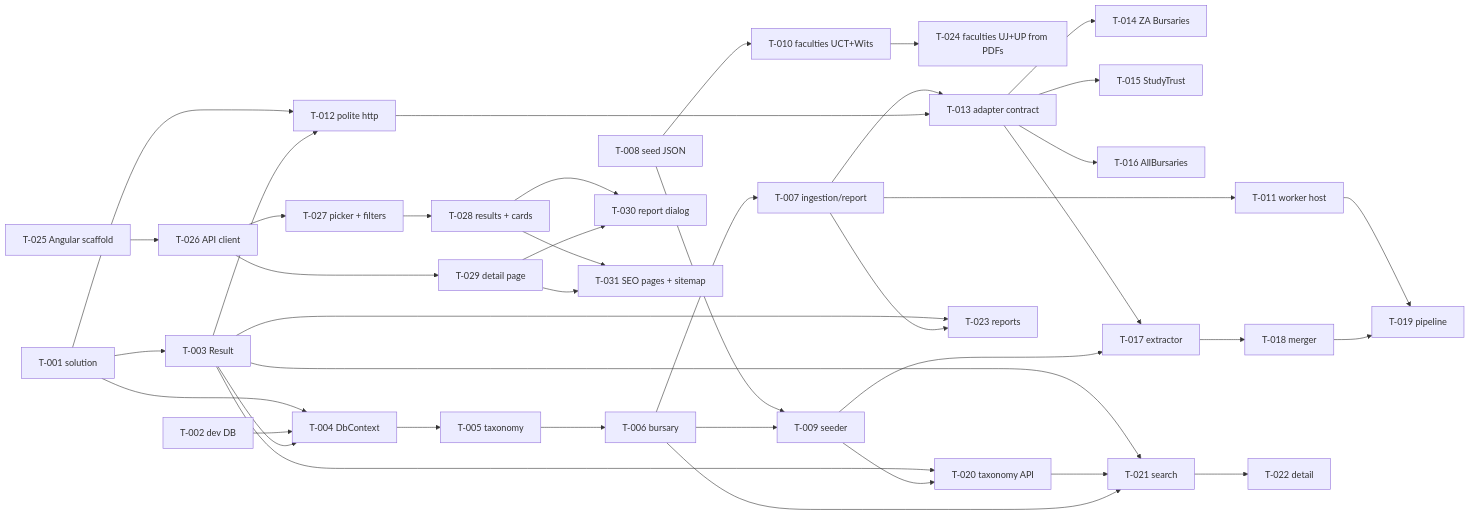
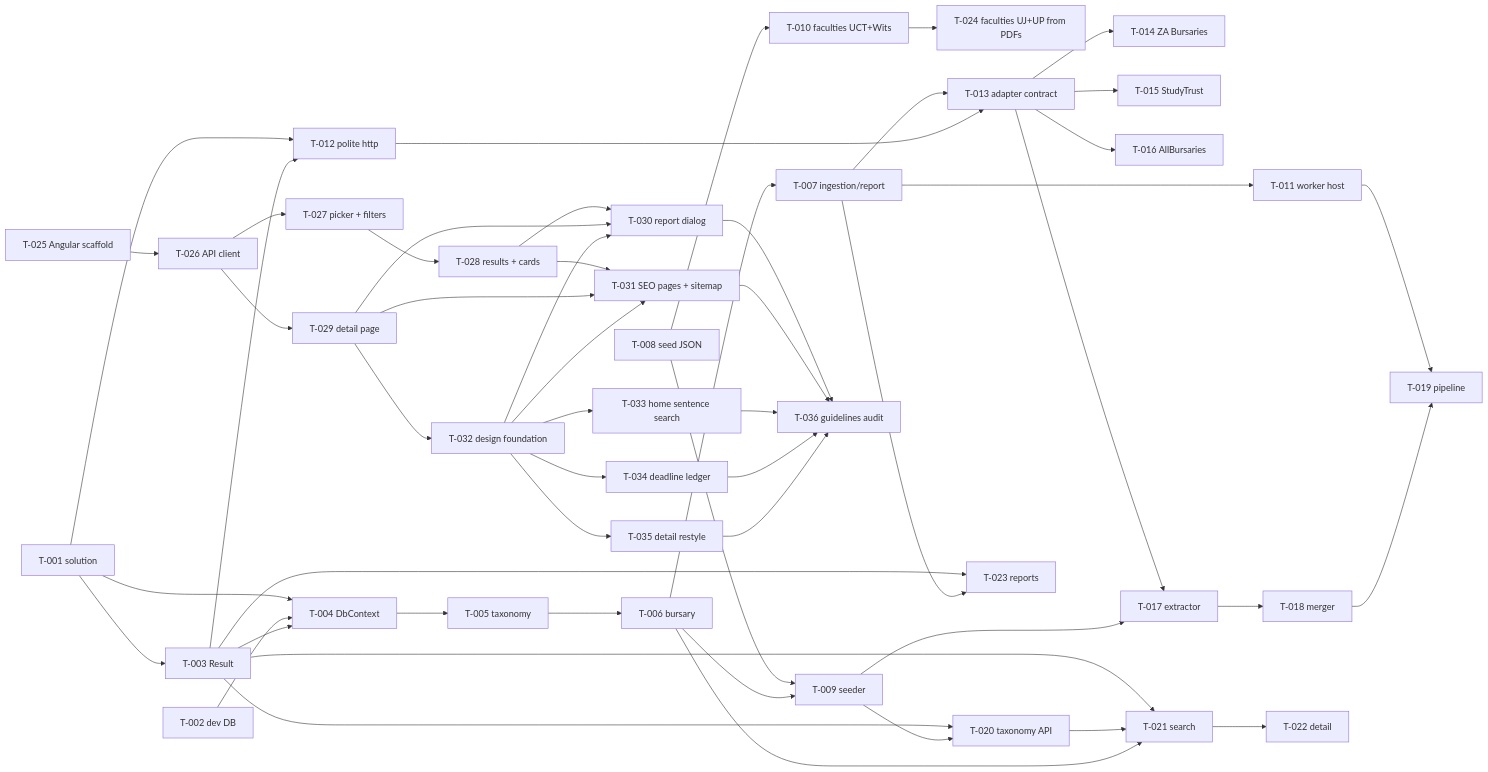
One commit to cssedi/getabursary changed the diagram in tasks/README.md. Above: the diagram before and after it, drawn with Mermaid. The commit also changed other lines of this file and 12 other files, not shown here.

````diff
--- a/tasks/README.md
+++ b/tasks/README.md
@@ -27,43 +27,54 @@
 ```mermaid
 graph LR
   T001[T-001 solution] --> T003[T-003 Result]
   T001 --> T004[T-004 DbContext]
   T002[T-002 dev DB] --> T004
   T003 --> T004
   T004 --> T005[T-005 taxonomy]
   T005 --> T006[T-006 bursary]
   T006 --> T007[T-007 ingestion/report]
   T008[T-008 seed JSON] --> T009[T-009 seeder]
   T006 --> T009
   T008 --> T010[T-010 faculties UCT+Wits]
   T010 --> T024[T-024 faculties UJ+UP from PDFs]
   T007 --> T011[T-011 worker host]
   T001 --> T012[T-012 polite http]
   T003 --> T012
   T007 --> T013[T-013 adapter contract]
   T012 --> T013
   T013 --> T014[T-014 ZA Bursaries]
   T013 --> T015[T-015 StudyTrust]
   T013 --> T016[T-016 AllBursaries]
   T013 --> T017[T-017 extractor]
   T009 --> T017
   T017 --> T018[T-018 merger]
   T011 --> T019[T-019 pipeline]
   T018 --> T019
   T003 --> T020[T-020 taxonomy API]
   T009 --> T020
   T003 --> T021[T-021 search]
   T020 --> T021
   T006 --> T021
   T021 --> T022[T-022 detail]
   T003 --> T023[T-023 reports]
   T007 --> T023
   T025[T-025 Angular scaffold] --> T026[T-026 API client]
   T026 --> T027[T-027 picker + filters]
   T027 --> T028[T-028 results + cards]
   T026 --> T029[T-029 detail page]
   T028 --> T030[T-030 report dialog]
   T029 --> T030
   T028 --> T031[T-031 SEO pages + sitemap]
   T029 --> T031
+  T029 --> T032[T-032 design foundation]
+  T032 --> T030
+  T032 --> T031
+  T032 --> T033[T-033 home sentence search]
+  T032 --> T034[T-034 deadline ledger]
+  T032 --> T035[T-035 detail restyle]
+  T030 --> T036[T-036 guidelines audit]
+  T031 --> T036
+  T033 --> T036
+  T034 --> T036
+  T035 --> T036
 ```
````
